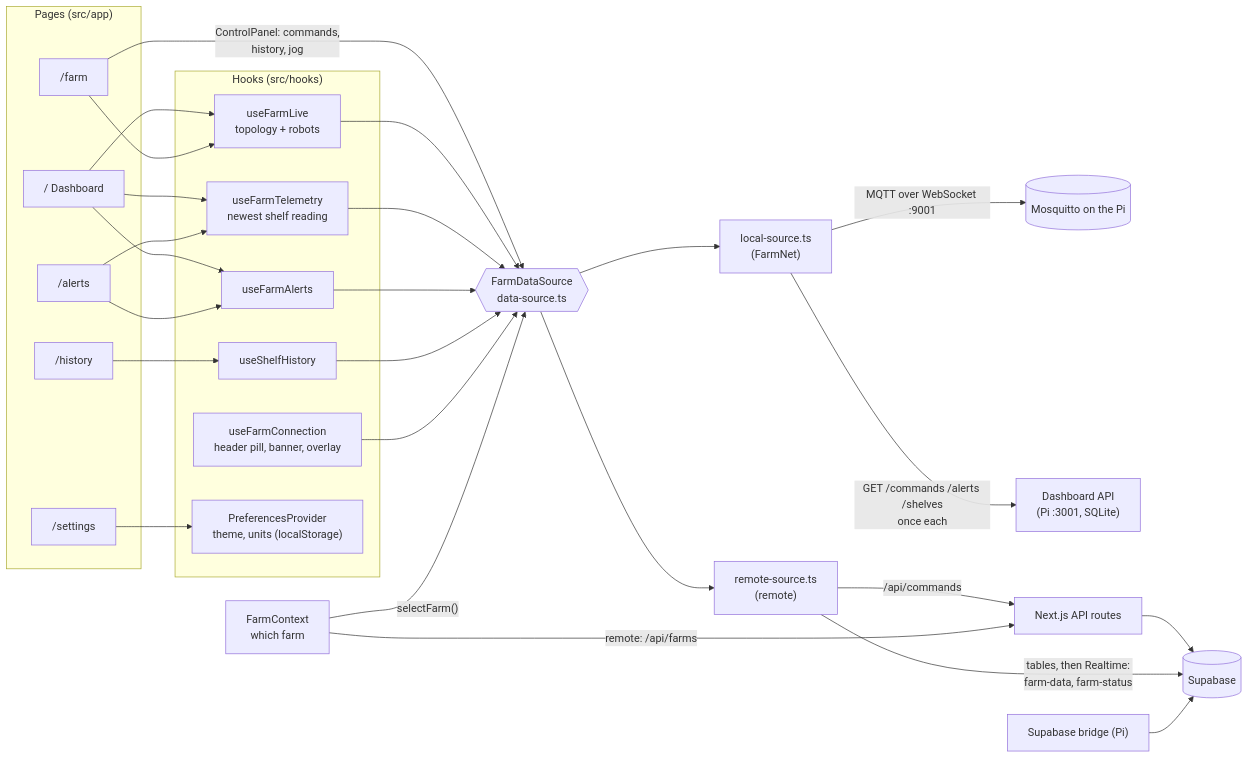
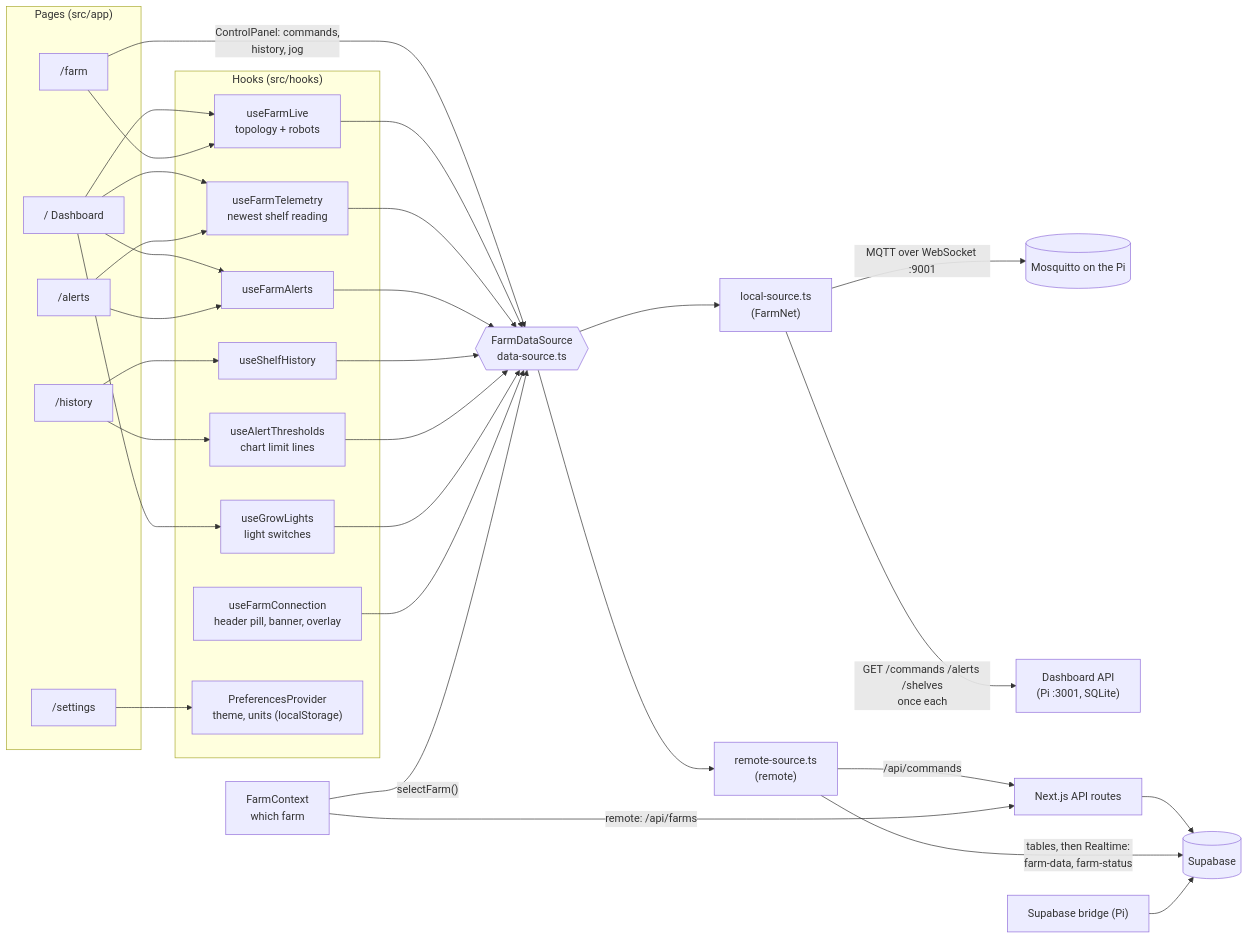
One commit to Ca1eb9/verdant-os changed the first of 5 diagrams in web/docs/architecture.md. Above: the diagram before and after it, drawn with Mermaid. The commit also changed other lines of this file and 21 other files, not shown here.

````diff
--- a/web/docs/architecture.md
+++ b/web/docs/architecture.md
@@ -13,44 +13,46 @@
 ```mermaid
 flowchart LR
     subgraph Pages["Pages (src/app)"]
         Dash["/ Dashboard"]
         Farm["/farm"]
         Hist["/history"]
         Alerts["/alerts"]
         Settings["/settings"]
     end
 
     subgraph Hooks["Hooks (src/hooks)"]
         Live["useFarmLive<br/>topology + robots"]
         Tele["useFarmTelemetry<br/>newest shelf reading"]
         AlertsH["useFarmAlerts"]
         HistH["useShelfHistory"]
+        Thr["useAlertThresholds<br/>chart limit lines"]
+        Lights["useGrowLights<br/>light switches"]
         Conn["useFarmConnection<br/>header pill, banner, overlay"]
         Prefs["PreferencesProvider<br/>theme, units (localStorage)"]
     end
 
     FarmCtx["FarmContext<br/>which farm"]
     DS{{"FarmDataSource<br/>data-source.ts"}}
 
-    Dash --> Tele & AlertsH & Live
+    Dash --> Tele & AlertsH & Live & Lights
     Farm --> Live
     Farm -- "ControlPanel: commands,<br/>history, jog" --> DS
-    Hist --> HistH
+    Hist --> HistH & Thr
     Alerts --> AlertsH & Tele
     Settings --> Prefs
 
-    Live & Tele & AlertsH & HistH & Conn --> DS
+    Live & Tele & AlertsH & HistH & Thr & Lights & Conn --> DS
     FarmCtx -- "selectFarm()" --> DS
 
     DS --> Local["local-source.ts<br/>(FarmNet)"]
     DS --> Remote["remote-source.ts<br/>(remote)"]
 
     Local -- "MQTT over WebSocket :9001" --> Broker[("Mosquitto on the Pi")]
     Local -- "GET /commands /alerts /shelves<br/>once each" --> DApi["Dashboard API<br/>(Pi :3001, SQLite)"]
 
     Remote -- "/api/commands" --> Next["Next.js API routes"]
     FarmCtx -- "remote: /api/farms" --> Next
     Next --> Supa[("Supabase")]
     Remote -- "tables, then Realtime:<br/>farm-data, farm-status" --> Supa
     Bridge["Supabase bridge (Pi)"] --> Supa
 ```
````
